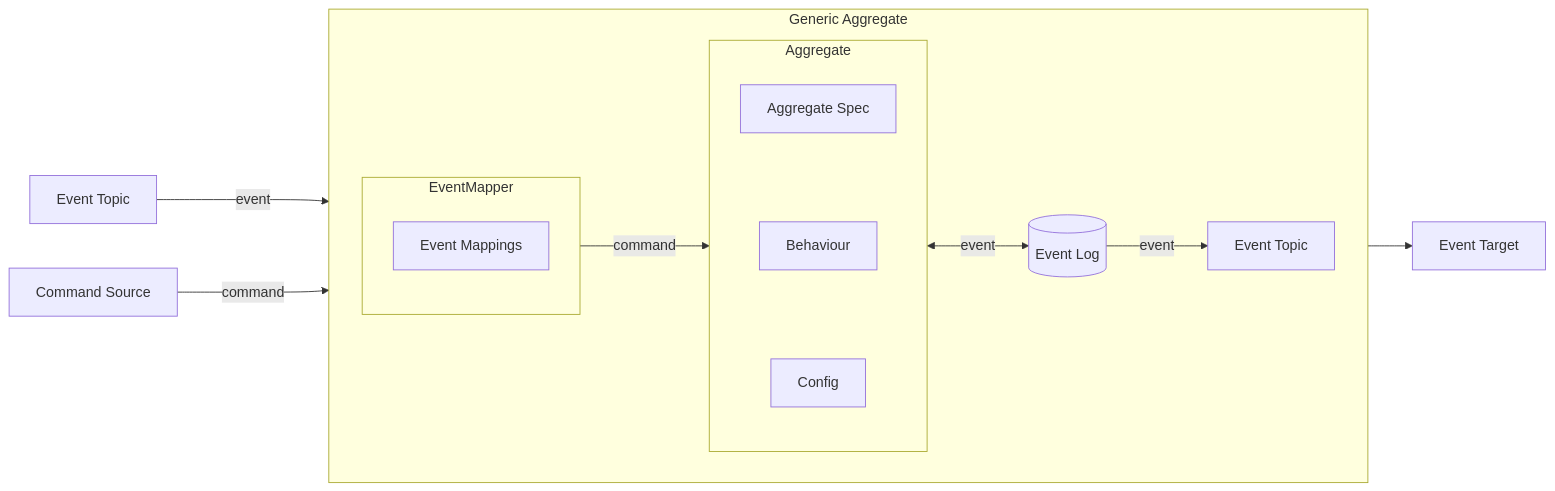
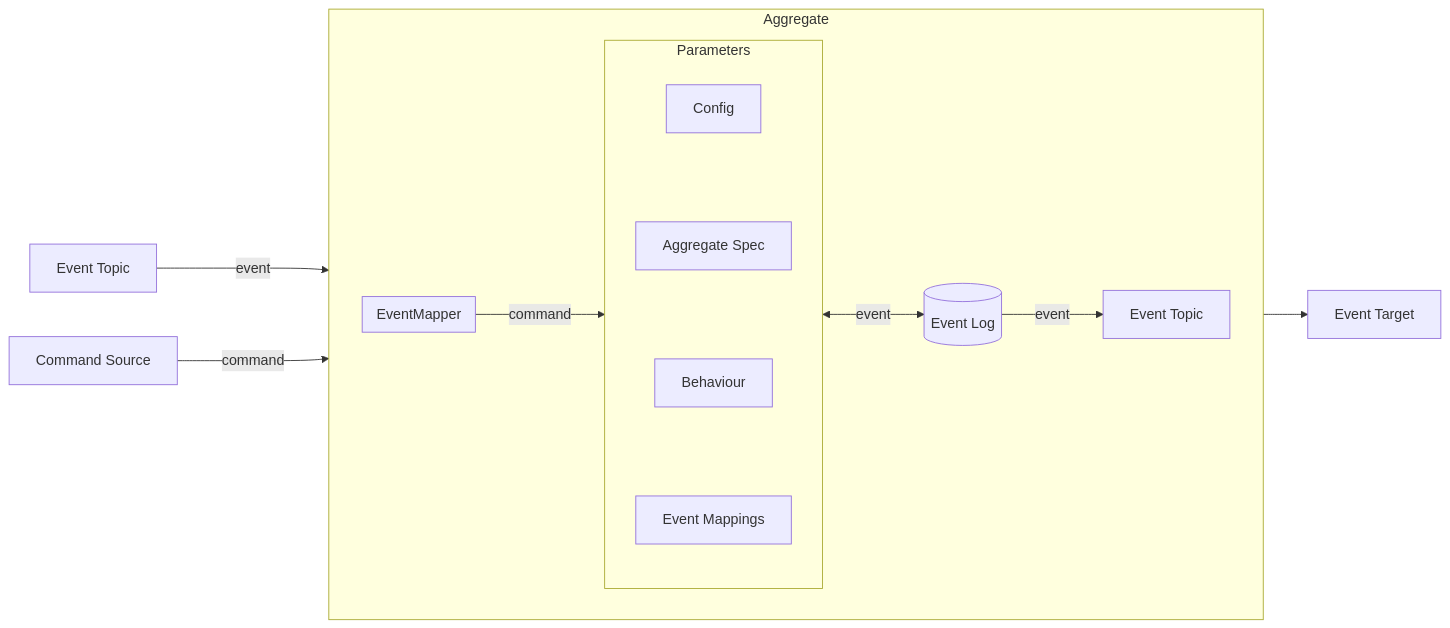
Before and after one commit to ReventlessDev/reventless-core: the first of 3 diagrams in packages/doc/docs/reventless-components/aggregate.md, drawn with Mermaid. The commit also changed other lines of this file and 2 other files, not shown here.

Commit message:
doc improve readmode & aggregate

````diff
--- a/packages/doc/docs/reventless-components/aggregate.md
+++ b/packages/doc/docs/reventless-components/aggregate.md
@@ -9,39 +9,41 @@
 ```mermaid
 flowchart LR
 CommandSource[Command Source]:::source
 EventLog[(Event Log)]:::eventlog
 EventMapper[Event Mapper]:::eventmapper
 EventTarget[Event Target]:::target
 EventTopicIn[Event Topic]:::eventtopic
 EventTopicOut[Event Topic]:::eventtopic
 
 EventTopicIn --->|event| EventMapper
 CommandSource --->|command| Params
 
-subgraph GenericAggregate [Generic Aggregate]
+subgraph GenericAggregate [Aggregate]
   direction LR
 
-  subgraph Params [Aggregate]
+  subgraph Params [Parameters]
       direction TB
       Spec[Aggregate Spec]:::parameter
       Behaviour[Behaviour]:::parameter
       Config[Config]:::parameter
+      EventMappings[Event Mappings]:::parameter
 
+      Config ~~~ Spec
       Spec ~~~ Behaviour
-      Behaviour ~~~ Config
+      Behaviour ~~~ EventMappings
+
   end
   Params:::aggregate
 
   subgraph EventMapper
     direction TB
-    EventMappings[Event Mappings]:::parameter
   end
   EventMapper:::eventmapper
 
   EventMapper -->|command| Params
   Params <-->|event| EventLog
   EventLog -->|event| EventTopicOut
 end
 GenericAggregate:::aggregate
 EventTopicOut --> EventTarget
 ```
````
